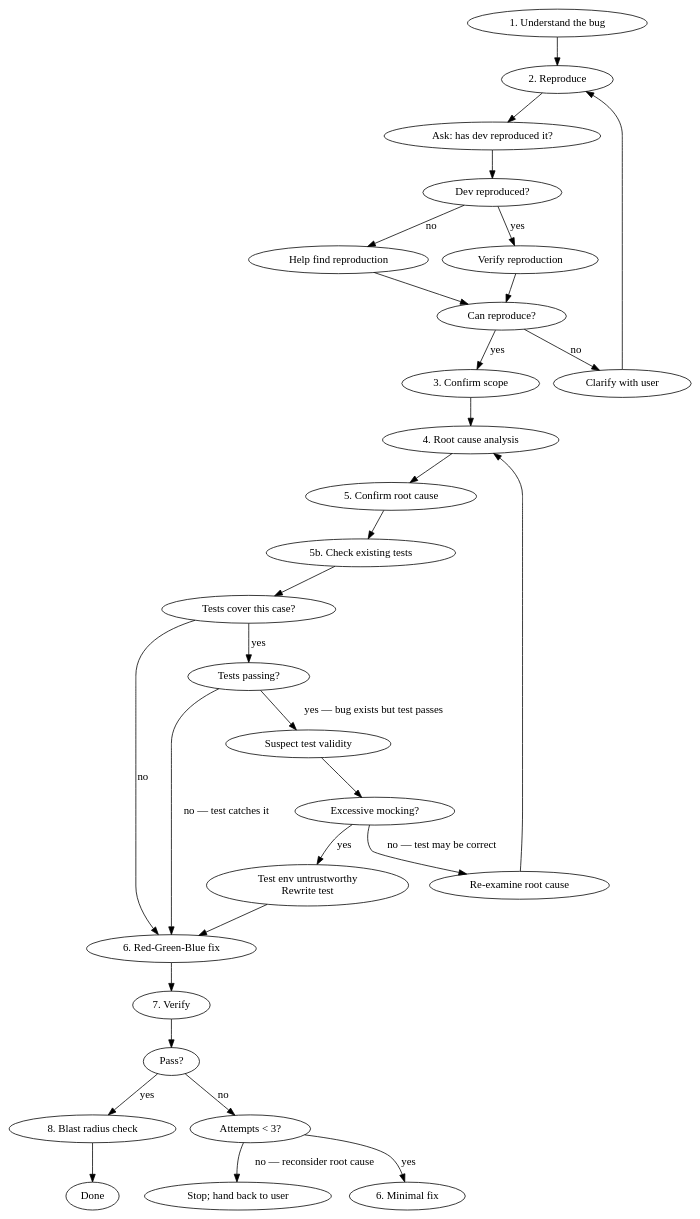
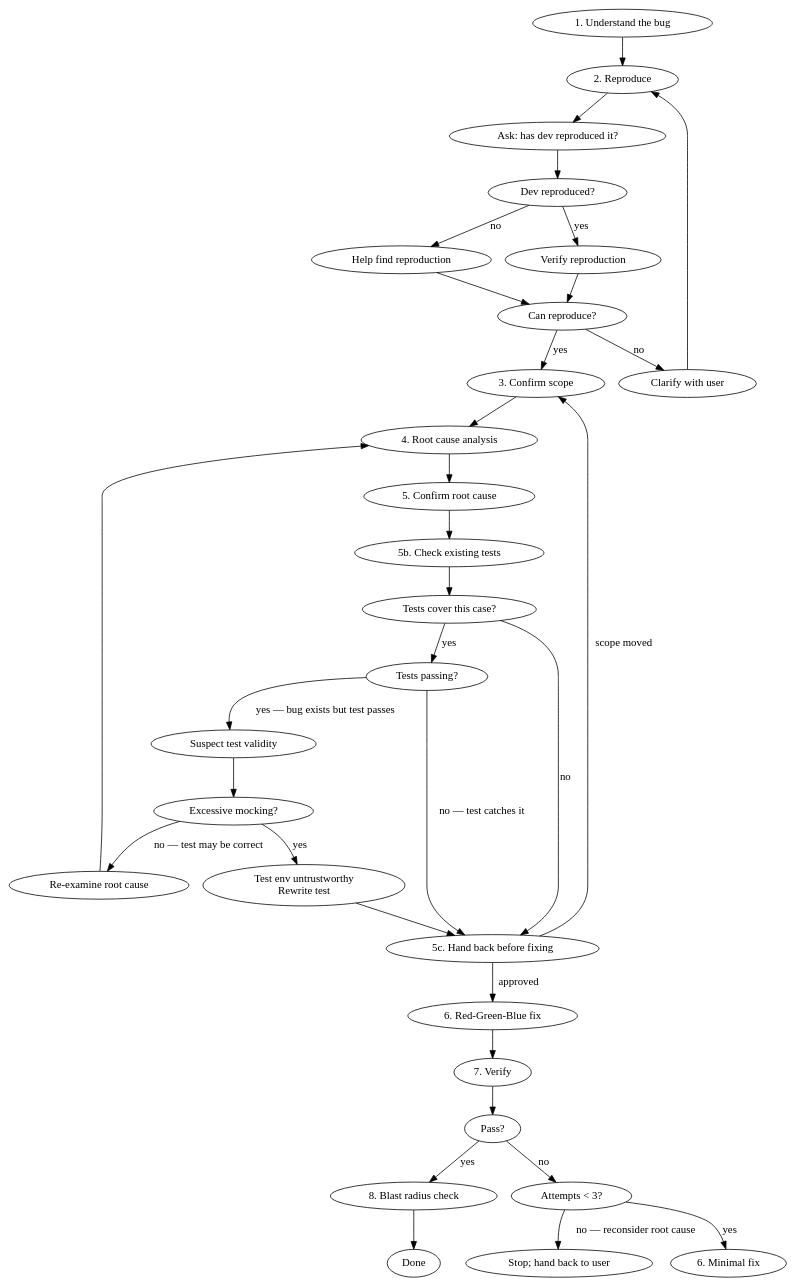
Before and after one commit to entorenee/dotfiles: the diagram in modules/home/claude/config/skills/investigate/SKILL.md, drawn with Graphviz. The commit also changed other lines of this file and 4 other files, not shown here.

````diff
--- a/modules/home/claude/config/skills/investigate/SKILL.md
+++ b/modules/home/claude/config/skills/investigate/SKILL.md
@@ -50,35 +50,37 @@
 ```dot
 digraph debug {
   rankdir=TB;
   "1. Understand the bug" -> "2. Reproduce";
   "2. Reproduce" -> "Ask: has dev reproduced it?";
   "Ask: has dev reproduced it?" -> "Dev reproduced?" [shape=diamond];
   "Dev reproduced?" -> "Verify reproduction" [label="yes"];
   "Dev reproduced?" -> "Help find reproduction" [label="no"];
   "Help find reproduction" -> "Can reproduce?" [shape=diamond];
   "Verify reproduction" -> "Can reproduce?" [shape=diamond];
   "Can reproduce?" -> "3. Confirm scope" [label="yes"];
   "Can reproduce?" -> "Clarify with user" [label="no"];
   "Clarify with user" -> "2. Reproduce";
   "3. Confirm scope" -> "4. Root cause analysis";
   "4. Root cause analysis" -> "5. Confirm root cause";
   "5. Confirm root cause" -> "5b. Check existing tests";
   "5b. Check existing tests" -> "Tests cover this case?" [shape=diamond];
   "Tests cover this case?" -> "Tests passing?" [label="yes", shape=diamond];
-  "Tests cover this case?" -> "6. Red-Green-Blue fix" [label="no"];
+  "Tests cover this case?" -> "5c. Hand back before fixing" [label="no"];
   "Tests passing?" -> "Suspect test validity" [label="yes — bug exists but test passes"];
-  "Tests passing?" -> "6. Red-Green-Blue fix" [label="no — test catches it"];
+  "Tests passing?" -> "5c. Hand back before fixing" [label="no — test catches it"];
   "Suspect test validity" -> "Excessive mocking?" [shape=diamond];
   "Excessive mocking?" -> "Test env untrustworthy\nRewrite test" [label="yes"];
   "Excessive mocking?" -> "Re-examine root cause" [label="no — test may be correct"];
   "Re-examine root cause" -> "4. Root cause analysis";
-  "Test env untrustworthy\nRewrite test" -> "6. Red-Green-Blue fix";
+  "Test env untrustworthy\nRewrite test" -> "5c. Hand back before fixing";
+  "5c. Hand back before fixing" -> "6. Red-Green-Blue fix" [label="approved"];
+  "5c. Hand back before fixing" -> "3. Confirm scope" [label="scope moved"];
   "6. Red-Green-Blue fix" -> "7. Verify";
   "7. Verify" -> "Pass?" [shape=diamond];
   "Pass?" -> "8. Blast radius check" [label="yes"];
   "Pass?" -> "Attempts < 3?" [label="no", shape=diamond];
   "Attempts < 3?" -> "6. Minimal fix" [label="yes"];
   "Attempts < 3?" -> "Stop; hand back to user" [label="no — reconsider root cause"];
   "8. Blast radius check" -> "Done";
 }
 ```
````
